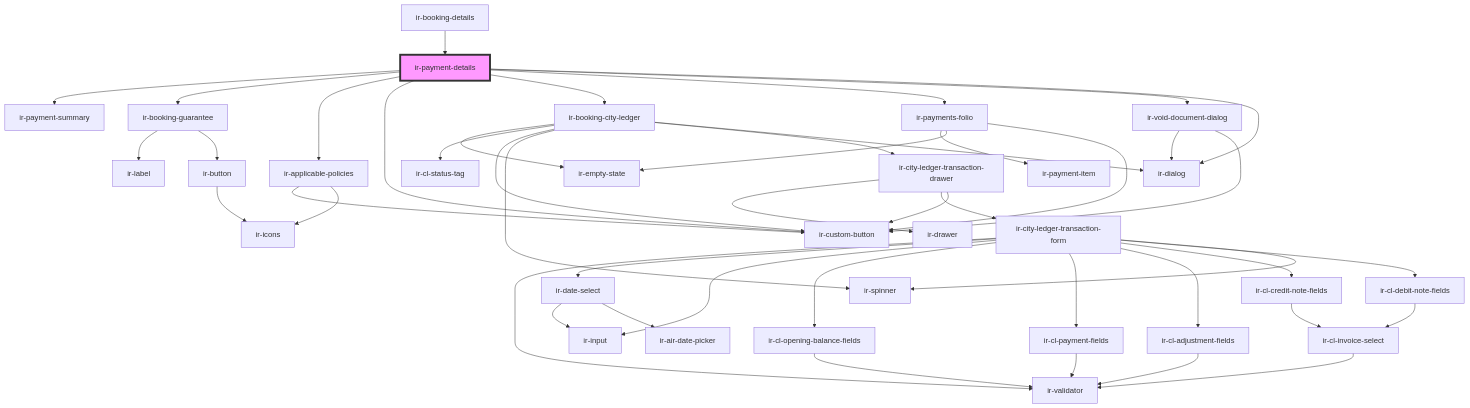
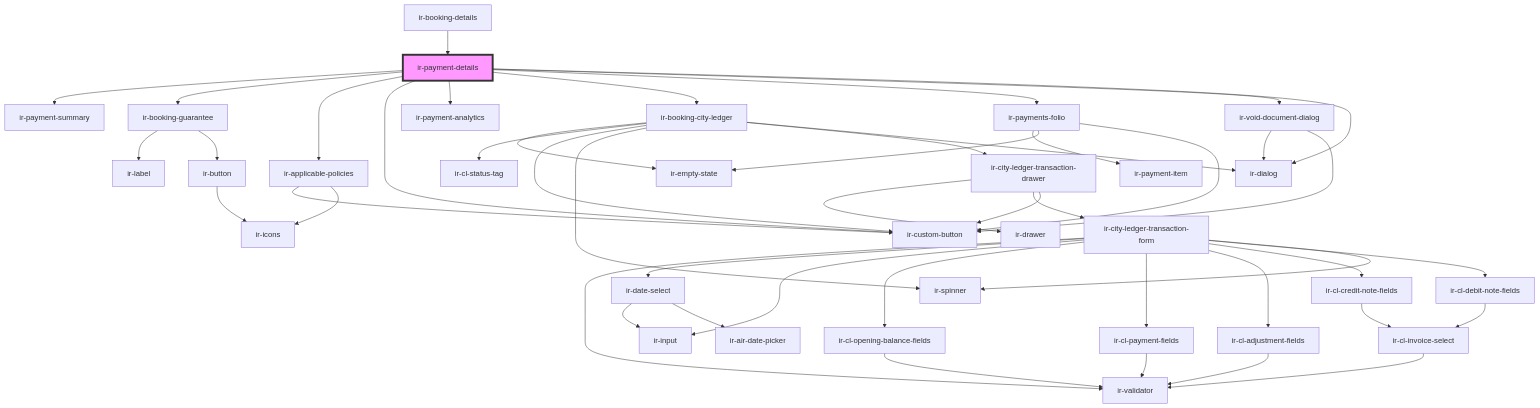
One commit to RonyRizk/ir-webcmp changed the diagram in src/components/ir-booking-details/ir-payment-details/readme.md. Above: the diagram before and after it, drawn with Mermaid. The commit also changed other lines of this file and 44 other files, not shown here.

````diff
--- a/src/components/ir-booking-details/ir-payment-details/readme.md
+++ b/src/components/ir-booking-details/ir-payment-details/readme.md
@@ -56,49 +60,50 @@
 ```mermaid
 graph TD;
   ir-payment-details --> ir-payment-summary
   ir-payment-details --> ir-booking-guarantee
   ir-payment-details --> ir-applicable-policies
   ir-payment-details --> ir-custom-button
+  ir-payment-details --> ir-payment-analytics
   ir-payment-details --> ir-booking-city-ledger
   ir-payment-details --> ir-payments-folio
   ir-payment-details --> ir-void-document-dialog
   ir-payment-details --> ir-dialog
   ir-booking-guarantee --> ir-label
   ir-booking-guarantee --> ir-button
   ir-button --> ir-icons
   ir-applicable-policies --> ir-custom-button
   ir-applicable-policies --> ir-icons
   ir-booking-city-ledger --> ir-empty-state
   ir-booking-city-ledger --> ir-cl-status-tag
   ir-booking-city-ledger --> ir-custom-button
   ir-booking-city-ledger --> ir-spinner
   ir-booking-city-ledger --> ir-city-ledger-transaction-drawer
   ir-booking-city-ledger --> ir-dialog
   ir-city-ledger-transaction-drawer --> ir-drawer
   ir-city-ledger-transaction-drawer --> ir-city-ledger-transaction-form
   ir-city-ledger-transaction-drawer --> ir-custom-button
   ir-city-ledger-transaction-form --> ir-validator
   ir-city-ledger-transaction-form --> ir-date-select
   ir-city-ledger-transaction-form --> ir-input
   ir-city-ledger-transaction-form --> ir-cl-opening-balance-fields
   ir-city-ledger-transaction-form --> ir-cl-payment-fields
   ir-city-ledger-transaction-form --> ir-cl-adjustment-fields
   ir-city-ledger-transaction-form --> ir-cl-credit-note-fields
   ir-city-ledger-transaction-form --> ir-cl-debit-note-fields
   ir-city-ledger-transaction-form --> ir-spinner
   ir-date-select --> ir-input
   ir-date-select --> ir-air-date-picker
   ir-cl-opening-balance-fields --> ir-validator
   ir-cl-payment-fields --> ir-validator
   ir-cl-adjustment-fields --> ir-validator
   ir-cl-credit-note-fields --> ir-cl-invoice-select
   ir-cl-invoice-select --> ir-validator
   ir-cl-debit-note-fields --> ir-cl-invoice-select
   ir-payments-folio --> ir-payment-item
   ir-payments-folio --> ir-empty-state
   ir-payments-folio --> ir-custom-button
   ir-void-document-dialog --> ir-dialog
   ir-void-document-dialog --> ir-custom-button
   ir-booking-details --> ir-payment-details
   style ir-payment-details fill:#f9f,stroke:#333,stroke-width:4px
 ```
````
